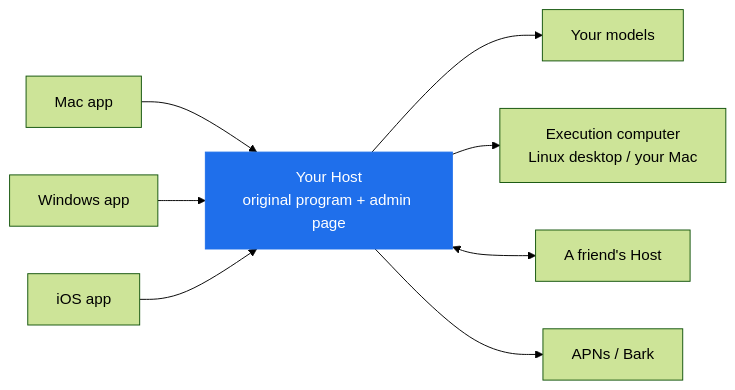
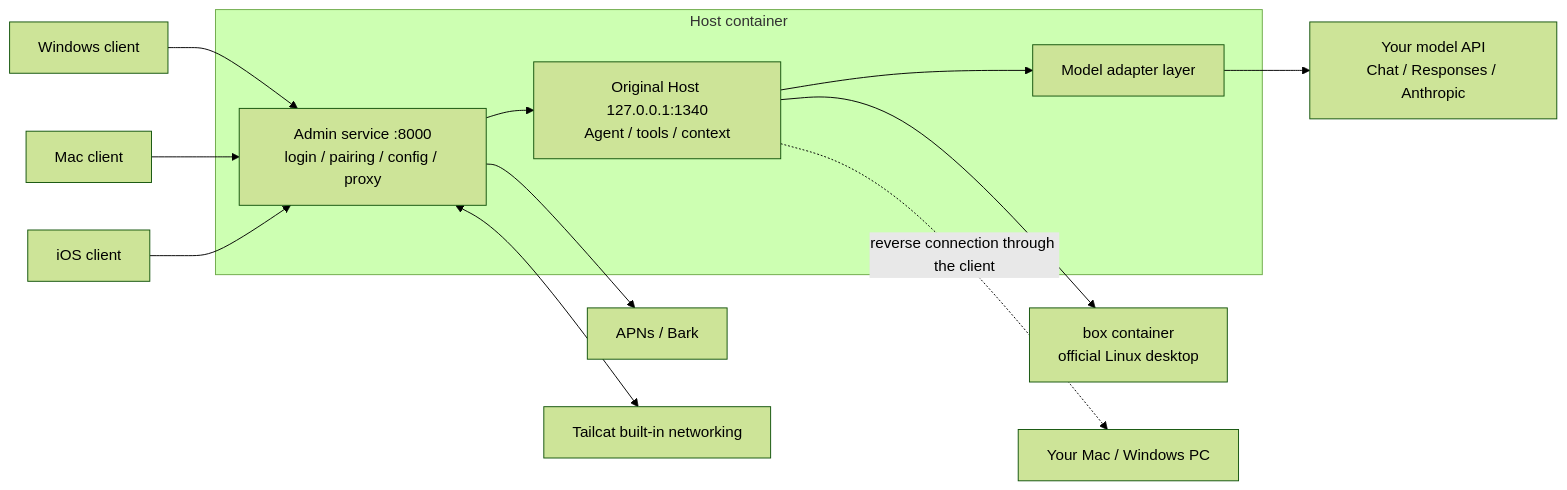
One commit to ferretgeek/prokbot-plus changed the diagram in docs/ARCHITECTURE.en.md. Above: the diagram before and after it, drawn with Mermaid (forest theme). The commit also changed other lines of this file and 30 other files, not shown here.

````diff
--- a/docs/ARCHITECTURE.en.md
+++ b/docs/ARCHITECTURE.en.md
@@ -13,12 +17,15 @@
 ```mermaid
 flowchart LR
-  Mac[Mac app] --> Host
-  Win[Windows app] --> Host
-  iOS[iOS app] --> Host
-  Host[Your Host<br/>original program + admin page] --> Model[Your models]
-  Host --> Box[Execution computer<br/>Linux desktop / your Mac]
-  Host <--> Friend[A friend's Host]
-  Host --> Push[APNs / Bark]
-  classDef own fill:#1f6feb,stroke:#1f6feb,color:#ffffff
-  class Host own
+  Win[Windows client] --> Admin
+  Mac[Mac client] --> Admin
+  iOS[iOS client] --> Admin
+  subgraph Host container
+    Admin[Admin service :8000<br/>login / pairing / config / proxy] --> Core[Original Host 127.0.0.1:1340<br/>Agent / tools / context]
+    Core --> Adapter[Model adapter layer]
+  end
+  Adapter --> Model[Your model API<br/>Chat / Responses / Anthropic]
+  Core --> Box[box container<br/>official Linux desktop]
+  Core -.reverse connection through the client.-> PC[Your Mac / Windows PC]
+  Admin --> Push[APNs / Bark]
+  Admin <--> Tailcat[Tailcat built-in networking]
 ```
````
